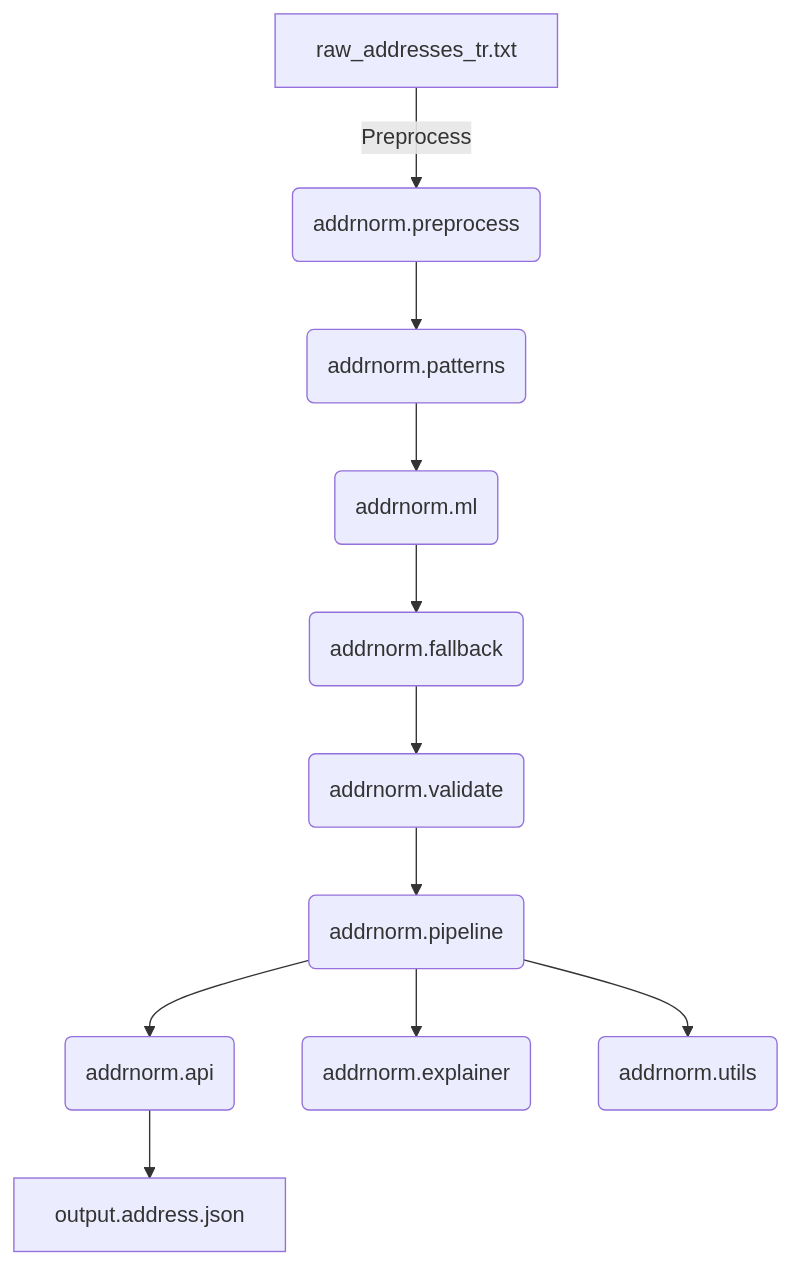
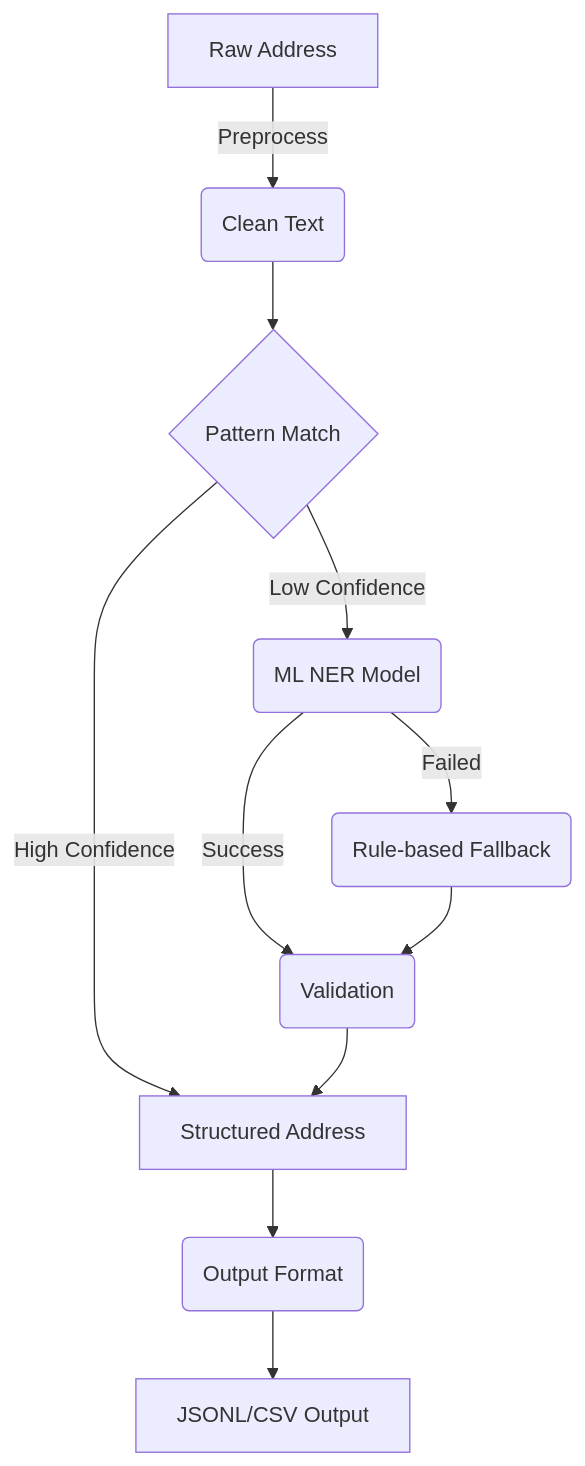
Before and after one commit to merenert/PreprocessingV2.0: the diagram in README.md, drawn with Mermaid. The commit also changed other lines of this file and 95 other files, not shown here.

````diff
--- a/README.md
+++ b/README.md
@@ -6,13 +16,13 @@
 ```mermaid
 graph TD
-    A[raw_addresses_tr.txt] -->|Preprocess| B(addrnorm.preprocess)
-    B --> C(addrnorm.patterns)
-    C --> D(addrnorm.ml)
-    D --> E(addrnorm.fallback)
-    E --> F(addrnorm.validate)
-    F --> G(addrnorm.pipeline)
-    G --> H(addrnorm.api)
-    H --> I[output.address.json]
-    G --> J(addrnorm.explainer)
-    G --> K(addrnorm.utils)
+    A[Raw Address] -->|Preprocess| B(Clean Text)
+    B --> C{Pattern Match}
+    C -->|High Confidence| G[Structured Address]
+    C -->|Low Confidence| D(ML NER Model)
+    D -->|Success| E(Validation)
+    D -->|Failed| F(Rule-based Fallback)
+    F --> E
+    E --> G
+    G --> H(Output Format)
+    H --> I[JSONL/CSV Output]
 ```
````
